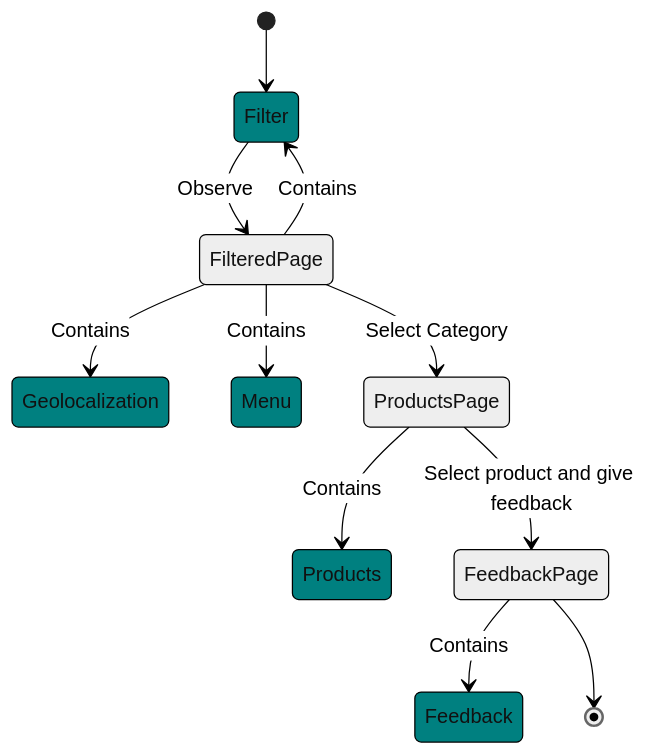
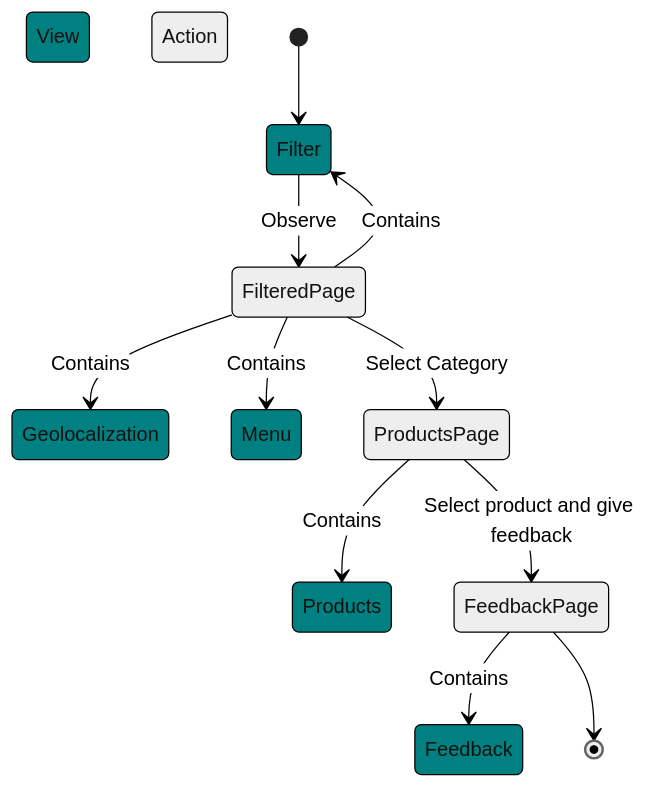
The diagram in micro-frontends/story/story-feedback.md (0xjrr/aw-project), drawn with Mermaid (neutral theme) before and after one commit.

Commit message:
add legend

````diff
--- a/micro-frontends/story/story-feedback.md
+++ b/micro-frontends/story/story-feedback.md
@@ -1,17 +1,21 @@
 ```mermaid
 stateDiagram-v2
     classDef coloring fill:teal  
+
+    state "View" as LegendView
+
+    state "Action" as ActionView
 
     [*] --> Filter
     FilteredPage --> Geolocalization: Contains
     FilteredPage --> Filter: Contains
     FilteredPage --> Menu: Contains
     Filter --> FilteredPage: Observe
     FilteredPage --> ProductsPage: Select Category
     ProductsPage --> Products: Contains
     FeedbackPage --> Feedback: Contains
     ProductsPage --> FeedbackPage: Select product and give feedback
     FeedbackPage --> [*]
 
-    class Geolocalization, Menu, Products, Feedback, Filter coloring
+    class Geolocalization, Menu, Products, Feedback, Filter, LegendView coloring
 ```
````
